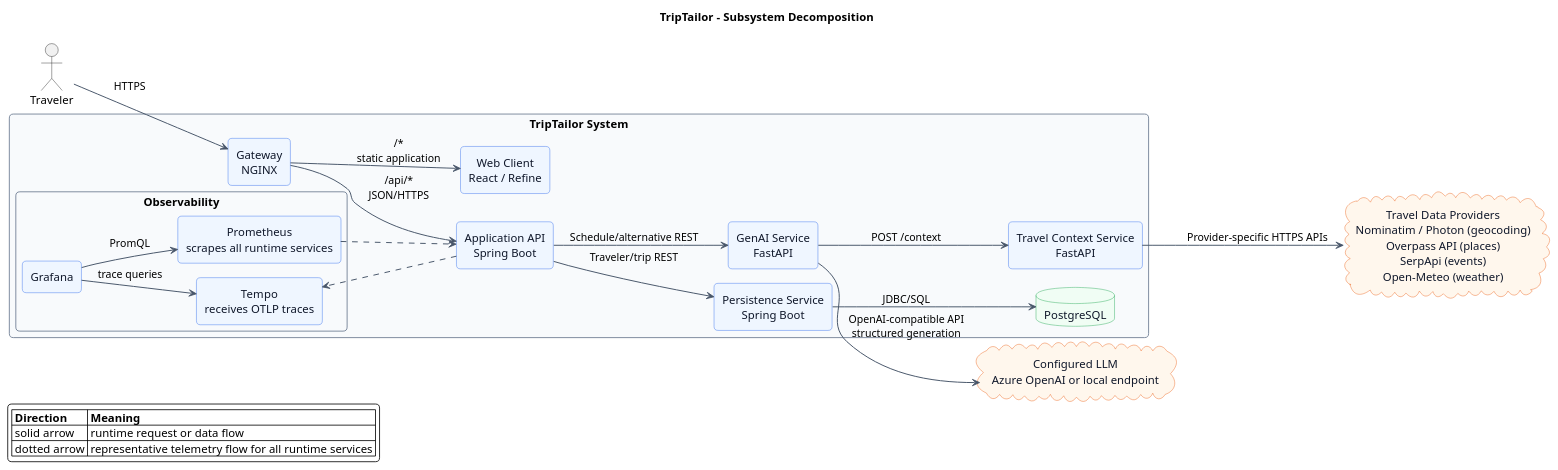
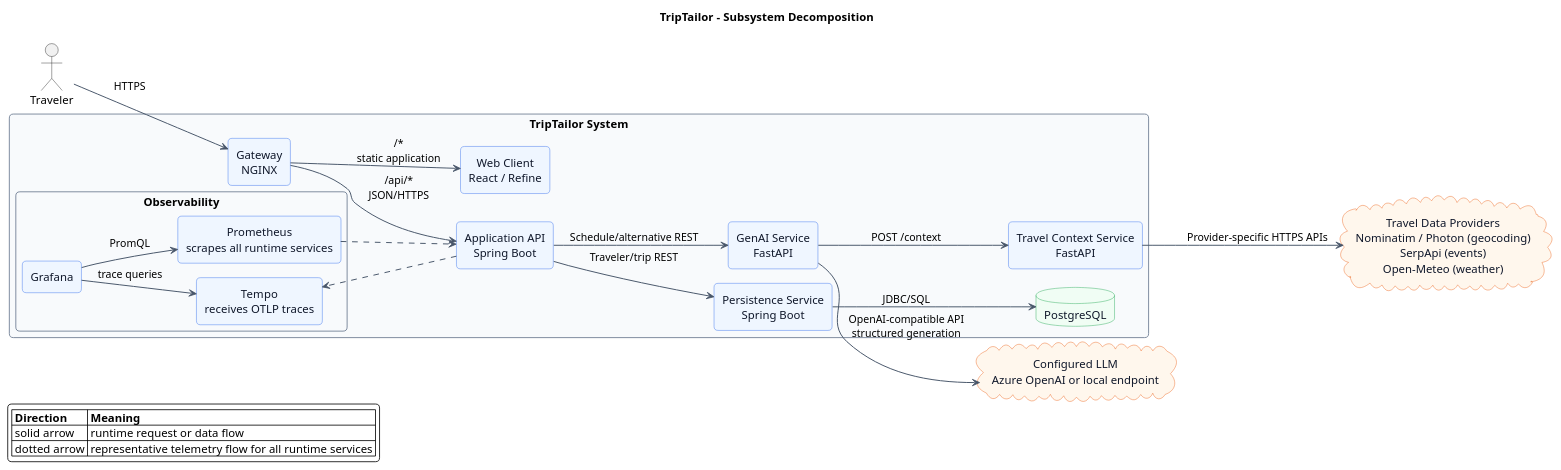
Before and after one commit to AET-DevOps26/team-continuous-vacation: the diagram in diagrams/subsystem-decomposition.puml, drawn with PlantUML. The commit also changed 43 other files, not shown here.

```diff
--- a/diagrams/subsystem-decomposition.puml
+++ b/diagrams/subsystem-decomposition.puml
@@ -1,75 +1,75 @@
 @startuml subsystem-decomposition
 !pragma layout smetana
 title TripTailor - Subsystem Decomposition
 
 left to right direction
 skinparam backgroundColor #FFFFFF
 skinparam shadowing false
 skinparam roundCorner 10
 skinparam componentStyle rectangle
 skinparam defaultFontName Arial
 skinparam defaultTextAlignment center
 skinparam ArrowColor #475569
 skinparam ArrowThickness 1.2
 skinparam packageBorderColor #64748B
 skinparam packageBackgroundColor #F8FAFC
 skinparam component {
   BackgroundColor #EFF6FF
   BorderColor #2563EB
   FontColor #0F172A
 }
 skinparam database {
   BackgroundColor #F0FDF4
   BorderColor #16A34A
   FontColor #0F172A
 }
 skinparam cloud {
   BackgroundColor #FFF7ED
   BorderColor #EA580C
   FontColor #0F172A
 }
 
 actor Traveler
 
 rectangle "TripTailor System" {
   component "Gateway\nNGINX" as Gateway
   component "Web Client\nReact / Refine" as Frontend
   component "Application API\nSpring Boot" as Backend
   component "Persistence Service\nSpring Boot" as Persistence
   component "GenAI Service\nFastAPI" as GenAI
   component "Travel Context Service\nFastAPI" as Context
   database "PostgreSQL" as Database
 
   rectangle "Observability" {
     component "Prometheus\nscrapes all runtime services" as Prometheus
     component "Grafana" as Grafana
     component "Tempo\nreceives OTLP traces" as Tempo
   }
 }
 
 cloud "Configured LLM\nAzure OpenAI or local endpoint" as LLM
-cloud "Travel Data Providers\nNominatim / Photon (geocoding)\nOverpass API (places)\nSerpApi (events)\nOpen-Meteo (weather)" as Providers
+cloud "Travel Data Providers\nNominatim / Photon (geocoding)\nSerpApi (events)\nOpen-Meteo (weather)" as Providers
 
 Traveler --> Gateway : HTTPS
 Gateway --> Frontend : /*\nstatic application
 Gateway --> Backend : /api/*\nJSON/HTTPS
 
 Backend --> Persistence : Traveler/trip REST
 Backend --> GenAI : Schedule/alternative REST
 Persistence --> Database : JDBC/SQL
 GenAI --> LLM : OpenAI-compatible API\nstructured generation
 GenAI --> Context : POST /context
 Context --> Providers : Provider-specific HTTPS APIs
 
 Prometheus ..> Backend
 Grafana --> Prometheus : PromQL
 Backend ..> Tempo
 Grafana --> Tempo : trace queries
 
 legend left
   |= Direction |= Meaning |
   | solid arrow | runtime request or data flow |
   | dotted arrow | representative telemetry flow for all runtime services |
 endlegend
 
 @enduml
```
